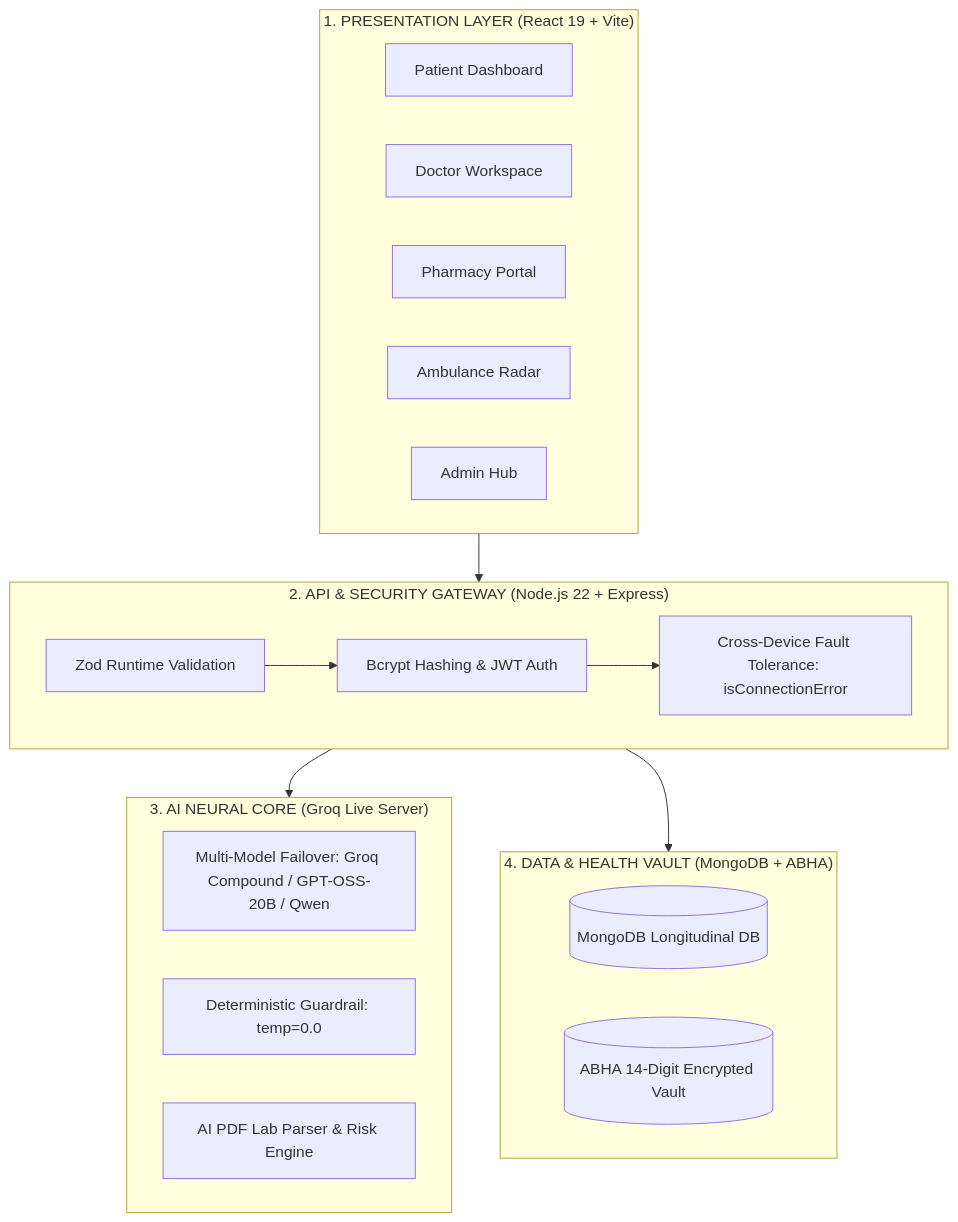
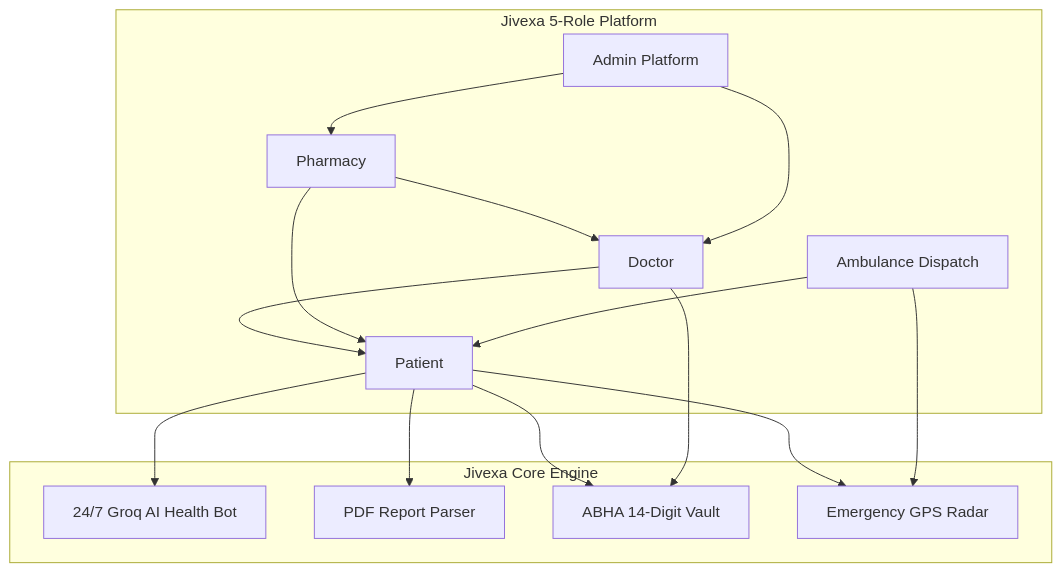
The diagram in README.md (jivexa-ai/Jivexa-main), drawn with Mermaid before and after one commit. The commit also changed other lines of this file, not shown here.

Commit message:
docs: update README.md with natural human-written tone and clean Figma-style flowcharts

````diff
--- a/README.md
+++ b/README.md
@@ -66,25 +101,23 @@
 ```mermaid
 flowchart TD
-    subgraph PRESENTATION ["1. PRESENTATION LAYER (React 19 + Vite)"]
-        A[Patient Dashboard] & B[Doctor Workspace] & C[Pharmacy Portal] & D[Ambulance Radar] & E[Admin Hub]
+    subgraph ROLES ["Jivexa 5-Role Platform"]
+        P[Patient]
+        D[Doctor]
+        PH[Pharmacy]
+        AMB[Ambulance Dispatch]
+        ADM[Admin Platform]
     end
 
-    subgraph API_GATEWAY ["2. API & SECURITY GATEWAY (Node.js 22 + Express)"]
-        F[Zod Runtime Validation] --> G[Bcrypt Hashing & JWT Auth]
-        G --> H[Cross-Device Fault Tolerance: isConnectionError]
+    subgraph ENGINE ["Jivexa Core Engine"]
+        AI[24/7 Groq AI Health Bot]
+        PARSER[PDF Report Parser]
+        VAULT[ABHA 14-Digit Vault]
+        RADAR[Emergency GPS Radar]
     end
 
-    subgraph AI_ENGINE ["3. AI NEURAL CORE (Groq Live Server)"]
-        I[Multi-Model Failover: Groq Compound / GPT-OSS-20B / Qwen]
-        J[Deterministic Guardrail: temp=0.0]
-        K[AI PDF Lab Parser & Risk Engine]
-    end
-
-    subgraph DATA_PERSISTENCE ["4. DATA & HEALTH VAULT (MongoDB + ABHA)"]
-        L[(MongoDB Longitudinal DB)] & M[(ABHA 14-Digit Encrypted Vault)]
-    end
-
-    PRESENTATION --> API_GATEWAY
-    API_GATEWAY --> AI_ENGINE
-    API_GATEWAY --> DATA_PERSISTENCE
+    P --> AI & PARSER & VAULT & RADAR
+    D --> P & VAULT
+    PH --> P & D
+    AMB --> P & RADAR
+    ADM --> D & PH
 ```
````
